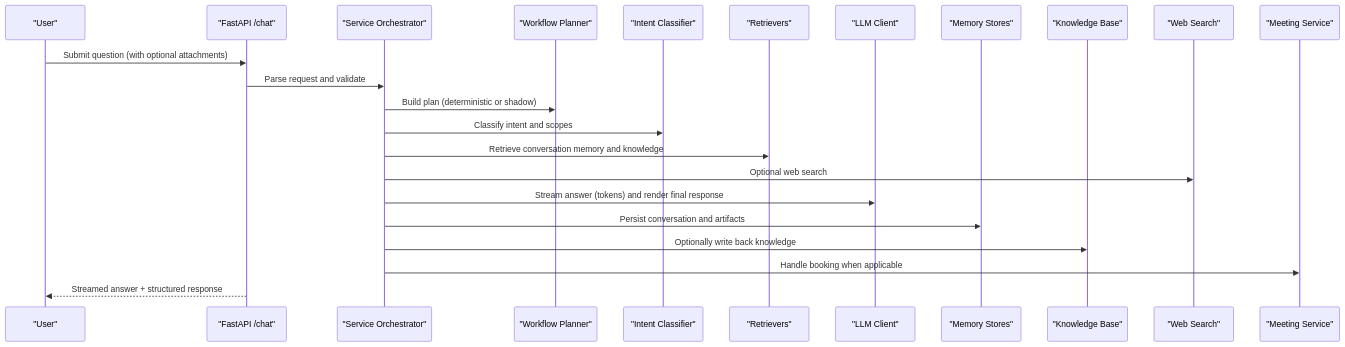
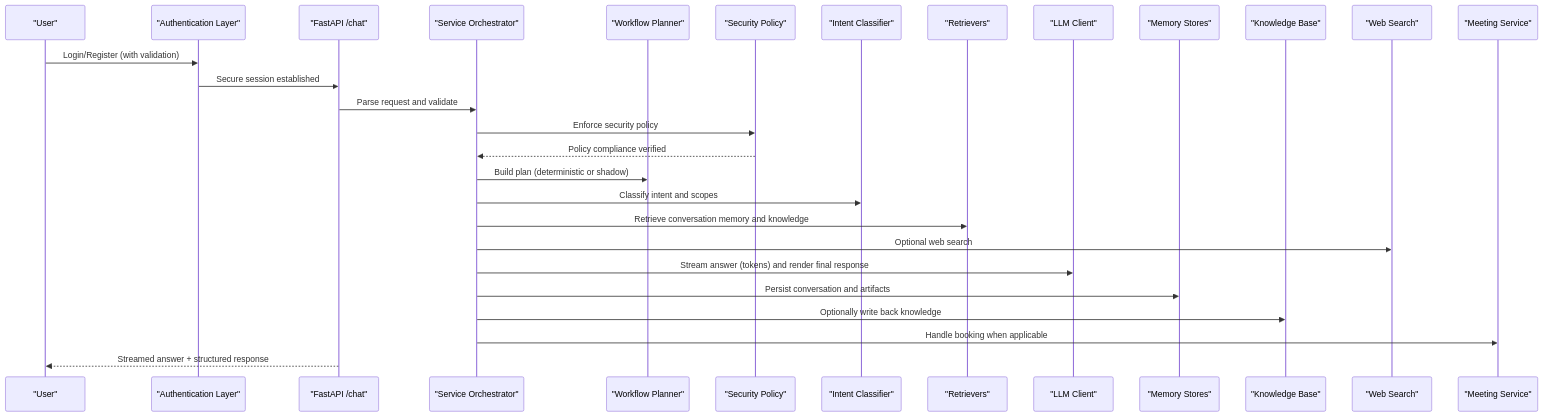
Before and after one commit to intellistream/sage-mate: the second of 12 diagrams in .qoder/repowiki/en/content/Project Overview/Project Overview.md, drawn with Mermaid. The commit also changed other lines of this file and 101 other files, not shown here.

````diff
--- a/.qoder/repowiki/en/content/Project Overview/Project Overview.md
+++ b/.qoder/repowiki/en/content/Project Overview/Project Overview.md
@@ -171,25 +198,30 @@
 ```mermaid
 sequenceDiagram
 participant U as "User"
+participant AUTH as "Authentication Layer"
 participant API as "FastAPI /chat"
 participant SVC as "Service Orchestrator"
 participant PLN as "Workflow Planner"
+participant POL as "Security Policy"
 participant INT as "Intent Classifier"
 participant RET as "Retrievers"
 participant LLM as "LLM Client"
 participant MEM as "Memory Stores"
 participant KBS as "Knowledge Base"
 participant WSR as "Web Search"
 participant MTS as "Meeting Service"
-U->>API : Submit question (with optional attachments)
+U->>AUTH : Login/Register (with validation)
+AUTH->>API : Secure session established
 API->>SVC : Parse request and validate
+SVC->>POL : Enforce security policy
+POL-->>SVC : Policy compliance verified
 SVC->>PLN : Build plan (deterministic or shadow)
 SVC->>INT : Classify intent and scopes
 SVC->>RET : Retrieve conversation memory and knowledge
 SVC->>WSR : Optional web search
 SVC->>LLM : Stream answer (tokens) and render final response
 SVC->>MEM : Persist conversation and artifacts
 SVC->>KBS : Optionally write back knowledge
 SVC->>MTS : Handle booking when applicable
 API-->>U : Streamed answer + structured response
 ```
````
